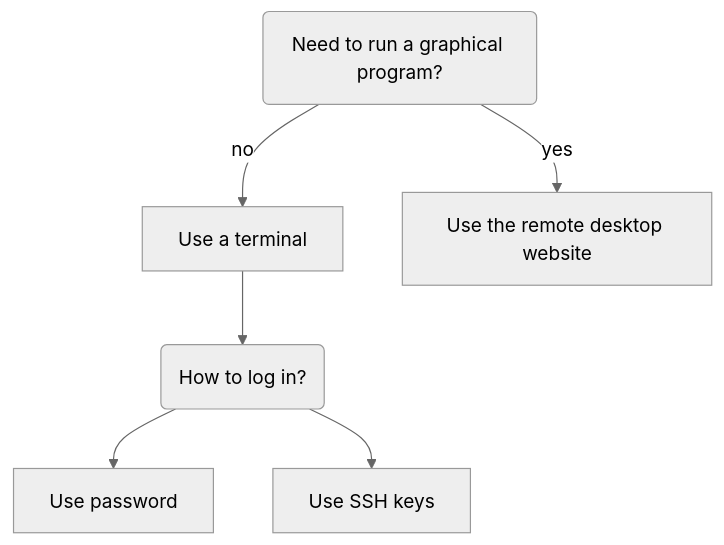
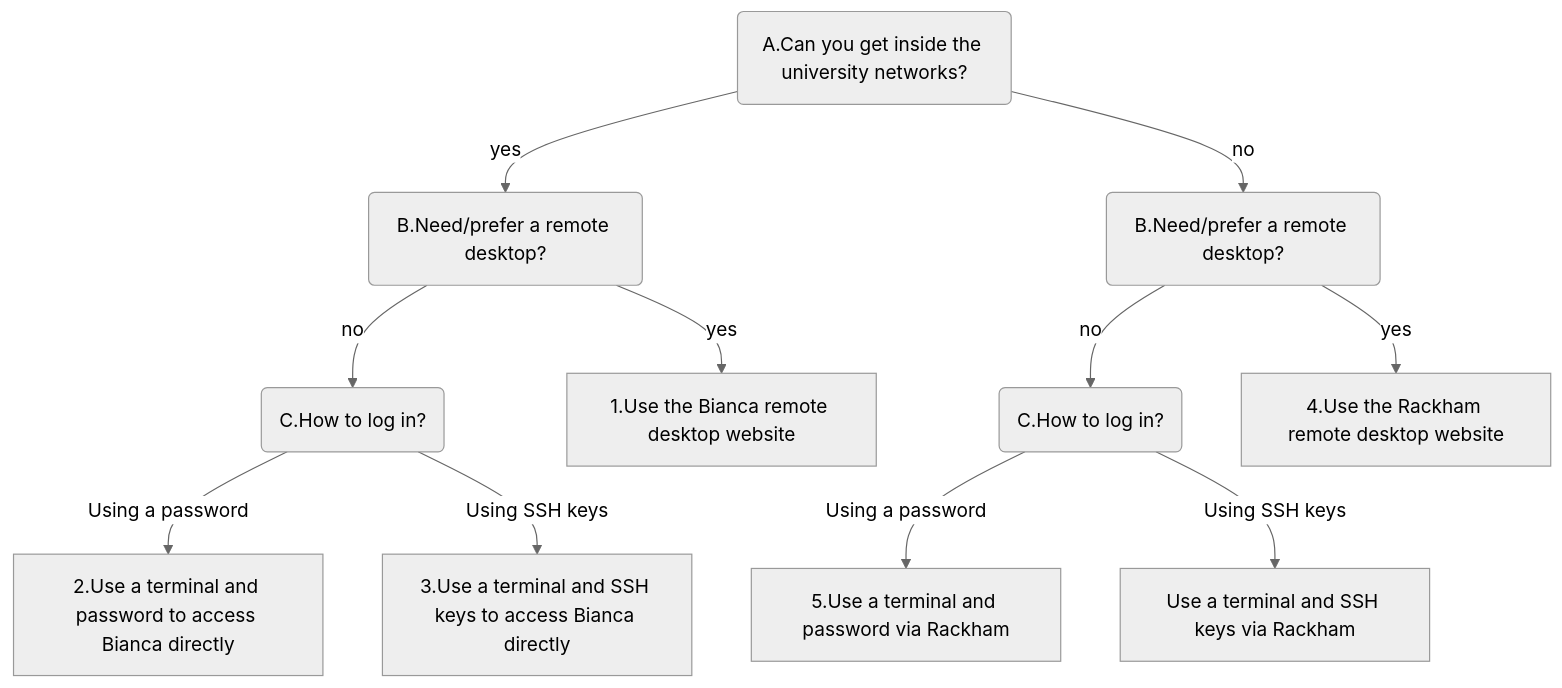
Before and after one commit to UPPMAX/UPPMAX-documentation: the diagram in docs/getting_started/login_bianca.md, drawn with Mermaid (neutral theme). The commit also changed other lines of this file, not shown here.

Commit message:
Improve decision tree on how to log in to Bianca

````diff
--- a/docs/getting_started/login_bianca.md
+++ b/docs/getting_started/login_bianca.md
@@ -34,17 +26,32 @@
 ```mermaid
 flowchart TD
-  need_gui(Need to run a graphical program?)
-  how_login(How to log in?)
-  use_terminal[Use a terminal]
-  use_website[Use the remote desktop website]
+  in_sunet(A.Can you get inside the university networks?)
+  need_remote_desktop(B.Need/prefer a remote desktop?)
+  how_login(C.How to log in?)
+  need_remote_desktop_no_sunet(B.Need/prefer a remote desktop?)
+  how_login_no_sunet(C.How to log in?)
 
-  use_password[Use password]
-  use_ssh_keys[Use SSH keys]
+  use_website[1.Use the Bianca remote desktop website]
+  use_password[2.Use a terminal and password to access Bianca directly]
+  use_ssh_keys[3.Use a terminal and SSH keys to access Bianca directly]
+  
+  use_website_no_sunet[4.Use the Rackham remote desktop website]
+  use_password_no_sunet[5.Use a terminal and password via Rackham]
+  use_ssh_keys_no_sunet[Use a terminal and SSH keys via Rackham]
 
-  need_gui --> |no| use_terminal
-  need_gui --> |yes| use_website
+  in_sunet --> |yes| need_remote_desktop
 
-  use_terminal --> how_login
-  how_login --> use_password
-  how_login --> use_ssh_keys
+  need_remote_desktop --> |no| how_login
+  need_remote_desktop --> |yes| use_website
+
+  how_login --> |Using a password| use_password
+  how_login --> |Using SSH keys| use_ssh_keys
+
+  in_sunet --> |no| need_remote_desktop_no_sunet
+
+  need_remote_desktop_no_sunet --> |no| how_login_no_sunet
+  need_remote_desktop_no_sunet --> |yes| use_website_no_sunet
+
+  how_login_no_sunet --> |Using a password| use_password_no_sunet
+  how_login_no_sunet --> |Using SSH keys| use_ssh_keys_no_sunet
 ```
````
